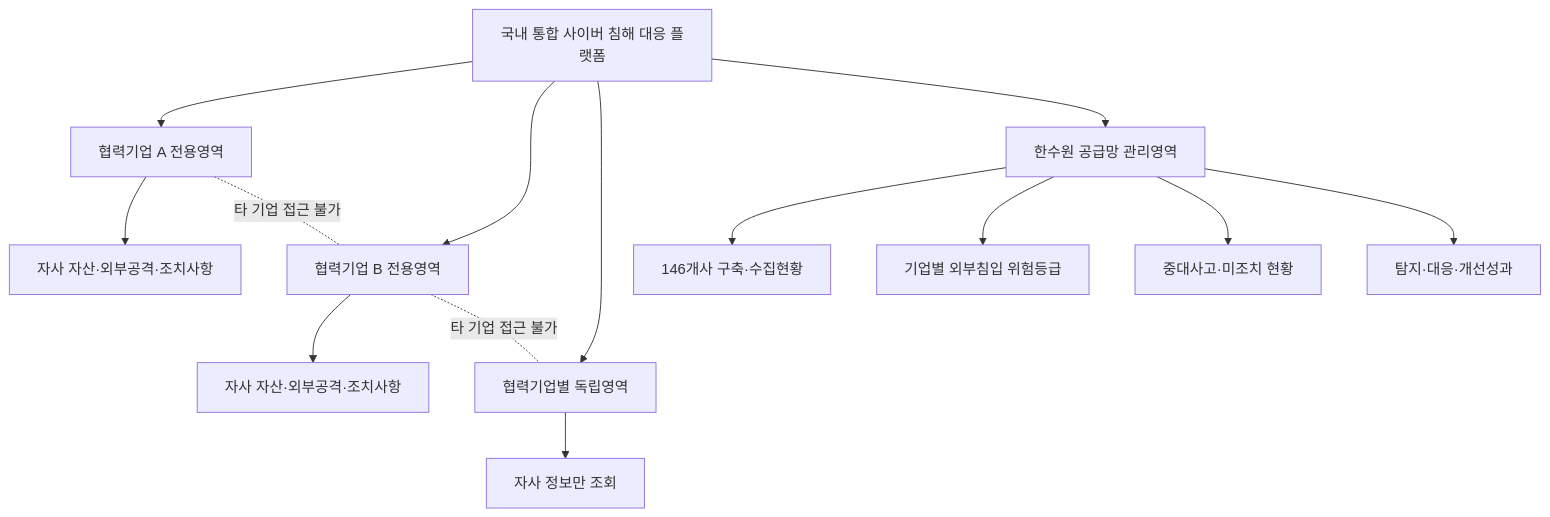
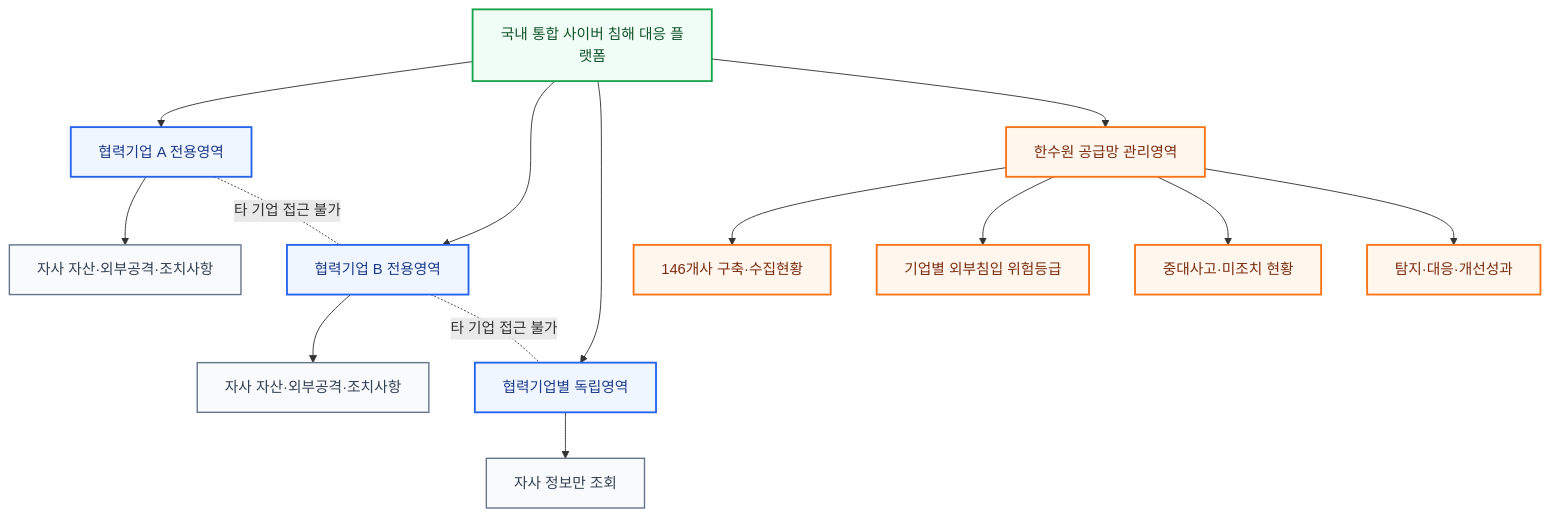
The fifth of 8 diagrams in ko/proposal/kwater/kwater-full.md (qubitsec/plura), drawn with Mermaid before and after one commit. The commit also changed other lines of this file, not shown here.

````diff
--- a/ko/proposal/kwater/kwater-full.md
+++ b/ko/proposal/kwater/kwater-full.md
@@ -476,21 +500,31 @@
 ```mermaid
 flowchart TB
     PLATFORM["국내 통합 사이버 침해 대응 플랫폼"]
 
     PLATFORM --> A["협력기업 A 전용영역"]
     PLATFORM --> B["협력기업 B 전용영역"]
     PLATFORM --> C["협력기업별 독립영역"]
     PLATFORM --> KHNP["한수원 공급망 관리영역"]
 
     A --> AD["자사 자산·외부공격·조치사항"]
     B --> BD["자사 자산·외부공격·조치사항"]
     C --> CD["자사 정보만 조회"]
 
     KHNP --> K1["146개사 구축·수집현황"]
     KHNP --> K2["기업별 외부침입 위험등급"]
     KHNP --> K3["중대사고·미조치 현황"]
     KHNP --> K4["탐지·대응·개선성과"]
 
     A -. "타 기업 접근 불가" .- B
     B -. "타 기업 접근 불가" .- C
+
+    classDef platform fill:#f0fdf4,stroke:#16a34a,stroke-width:2px,color:#14532d;
+    classDef supplier fill:#eff6ff,stroke:#2563eb,stroke-width:2px,color:#1e3a8a;
+    classDef supplierData fill:#f8fafc,stroke:#64748b,stroke-width:1.5px,color:#334155;
+    classDef khnp fill:#fff7ed,stroke:#f97316,stroke-width:2px,color:#7c2d12;
+
+    class PLATFORM platform;
+    class A,B,C supplier;
+    class AD,BD,CD supplierData;
+    class KHNP,K1,K2,K3,K4 khnp;
 ```
````
